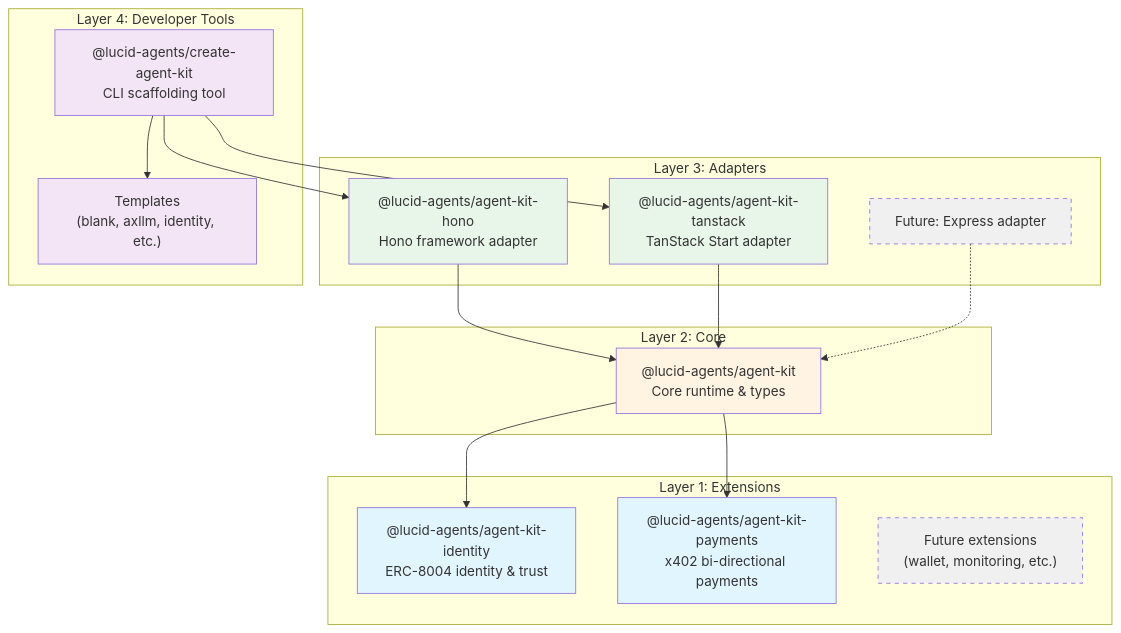
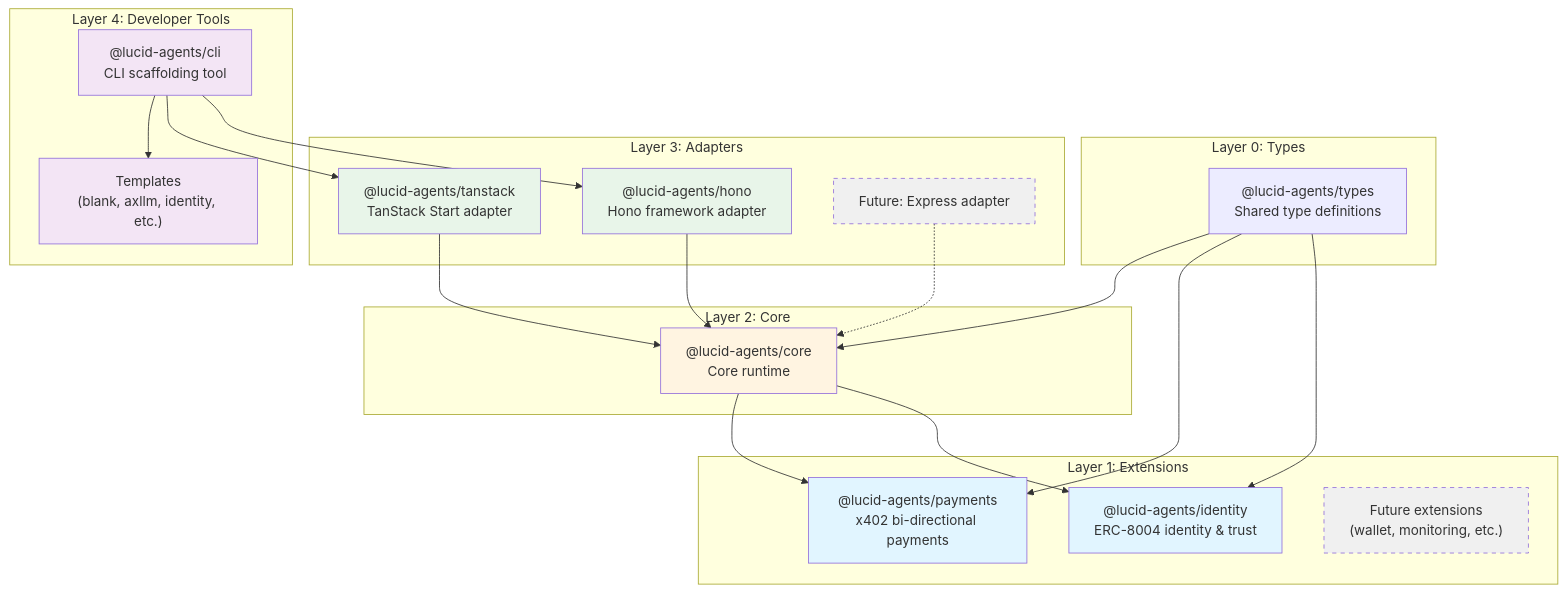
The first of 8 diagrams in docs/ARCHITECTURE.md (frontboat/lucid-agents), drawn with Mermaid before and after one commit. The commit also changed other lines of this file and 382 other files, not shown here.

````diff
--- a/docs/ARCHITECTURE.md
+++ b/docs/ARCHITECTURE.md
@@ -9,44 +9,52 @@
 ```mermaid
 graph TB
+    subgraph "Layer 0: Types"
+        types["@lucid-agents/types<br/>Shared type definitions"]
+    end
+
     subgraph "Layer 1: Extensions"
-        identity["@lucid-agents/agent-kit-identity<br/>ERC-8004 identity & trust"]
-        payments["@lucid-agents/agent-kit-payments<br/>x402 bi-directional payments"]
+        identity["@lucid-agents/identity<br/>ERC-8004 identity & trust"]
+        payments["@lucid-agents/payments<br/>x402 bi-directional payments"]
         future["Future extensions<br/>(wallet, monitoring, etc.)"]
     end
 
     subgraph "Layer 2: Core"
-        core["@lucid-agents/agent-kit<br/>Core runtime & types"]
+        core["@lucid-agents/core<br/>Core runtime"]
     end
 
     subgraph "Layer 3: Adapters"
-        hono["@lucid-agents/agent-kit-hono<br/>Hono framework adapter"]
-        tanstack["@lucid-agents/agent-kit-tanstack<br/>TanStack Start adapter"]
+        hono["@lucid-agents/hono<br/>Hono framework adapter"]
+        tanstack["@lucid-agents/tanstack<br/>TanStack Start adapter"]
         express["Future: Express adapter"]
     end
 
     subgraph "Layer 4: Developer Tools"
-        cli["@lucid-agents/create-agent-kit<br/>CLI scaffolding tool"]
+        cli["@lucid-agents/cli<br/>CLI scaffolding tool"]
         templates["Templates<br/>(blank, axllm, identity, etc.)"]
     end
+
+    types --> identity
+    types --> payments
+    types --> core
 
     core --> identity
     core --> payments
 
     hono --> core
     tanstack --> core
     express -.-> core
 
     cli --> hono
     cli --> tanstack
     cli --> templates
 
     style identity fill:#e1f5ff
     style payments fill:#e1f5ff
     style future fill:#f0f0f0,stroke-dasharray: 5 5
     style core fill:#fff4e1
     style hono fill:#e8f5e9
     style tanstack fill:#e8f5e9
     style express fill:#f0f0f0,stroke-dasharray: 5 5
     style cli fill:#f3e5f5
     style templates fill:#f3e5f5
 ```
````
